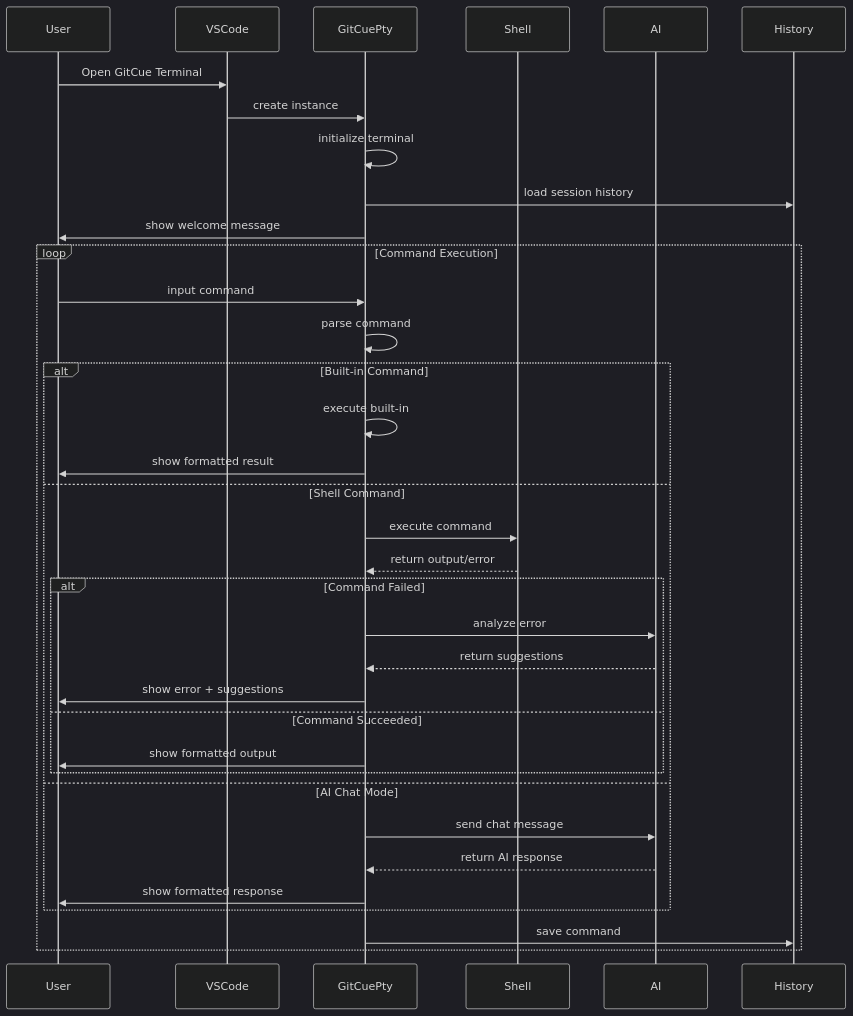
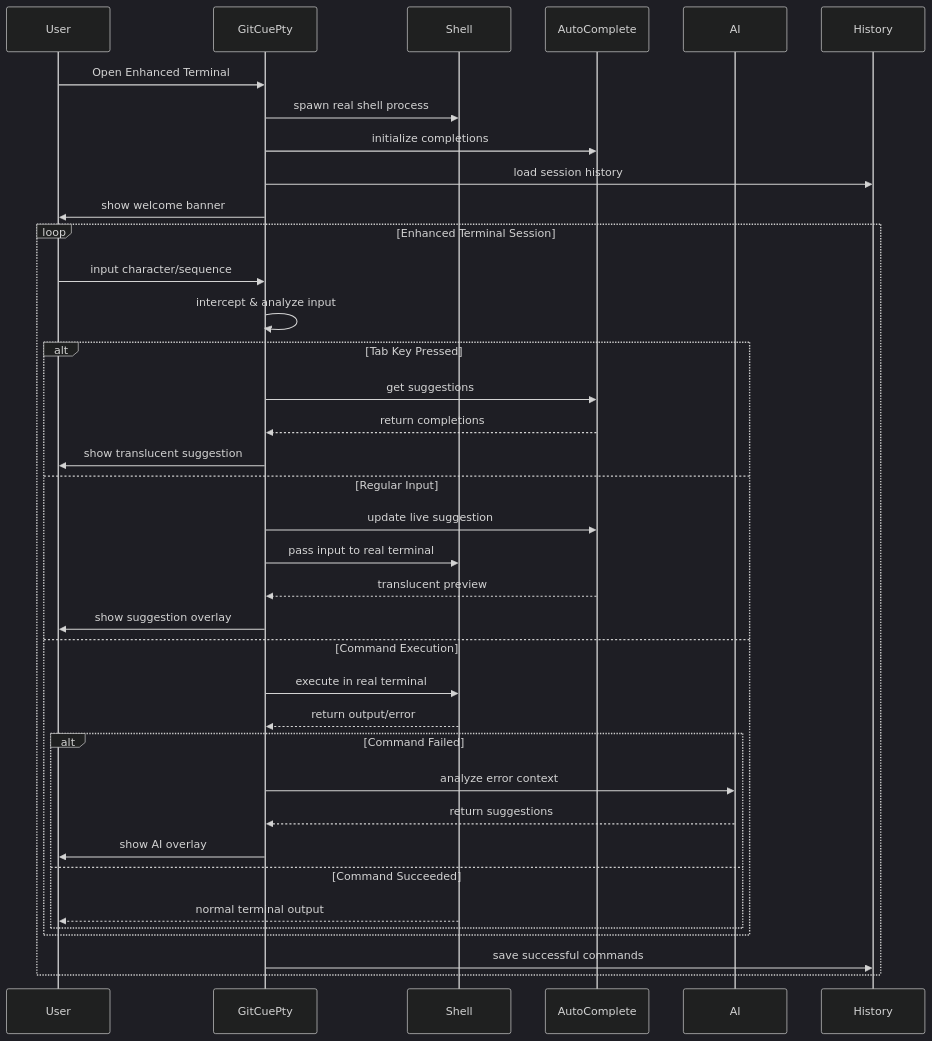
The second of 6 diagrams in gitcue/src/terminal/README.md (sbeeredd04/auto-git), drawn with Mermaid (dark theme) before and after one commit. The commit also changed other lines of this file and 1 other file, not shown here.

First line of the commit message:
docs(terminal): Refactor README for clarity

````diff
--- a/gitcue/src/terminal/README.md
+++ b/gitcue/src/terminal/README.md
@@ -72,42 +67,44 @@
 ```mermaid
 sequenceDiagram
     participant User
-    participant VSCode
     participant GitCuePty
     participant Shell
+    participant AutoComplete
     participant AI
     participant History
     
-    User->>VSCode: Open GitCue Terminal
-    VSCode->>GitCuePty: create instance
-    GitCuePty->>GitCuePty: initialize terminal
+    User->>GitCuePty: Open Enhanced Terminal
+    GitCuePty->>Shell: spawn real shell process
+    GitCuePty->>AutoComplete: initialize completions
     GitCuePty->>History: load session history
-    GitCuePty->>User: show welcome message
+    GitCuePty->>User: show welcome banner
     
-    loop Command Execution
-        User->>GitCuePty: input command
-        GitCuePty->>GitCuePty: parse command
+    loop Enhanced Terminal Session
+        User->>GitCuePty: input character/sequence
+        GitCuePty->>GitCuePty: intercept & analyze input
         
-        alt Built-in Command
-            GitCuePty->>GitCuePty: execute built-in
-            GitCuePty->>User: show formatted result
-        else Shell Command
-            GitCuePty->>Shell: execute command
+        alt Tab Key Pressed
+            GitCuePty->>AutoComplete: get suggestions
+            AutoComplete-->>GitCuePty: return completions
+            GitCuePty->>User: show translucent suggestion
+        else Regular Input
+            GitCuePty->>AutoComplete: update live suggestion
+            GitCuePty->>Shell: pass input to real terminal
+            AutoComplete-->>GitCuePty: translucent preview
+            GitCuePty->>User: show suggestion overlay
+        else Command Execution
+            GitCuePty->>Shell: execute in real terminal
             Shell-->>GitCuePty: return output/error
             
             alt Command Failed
-                GitCuePty->>AI: analyze error
+                GitCuePty->>AI: analyze error context
                 AI-->>GitCuePty: return suggestions
-                GitCuePty->>User: show error + suggestions
+                GitCuePty->>User: show AI overlay
             else Command Succeeded
-                GitCuePty->>User: show formatted output
+                Shell-->>User: normal terminal output
             end
-        else AI Chat Mode
-            GitCuePty->>AI: send chat message
-            AI-->>GitCuePty: return AI response
-            GitCuePty->>User: show formatted response
         end
         
-        GitCuePty->>History: save command
+        GitCuePty->>History: save successful commands
     end
 ```
````
